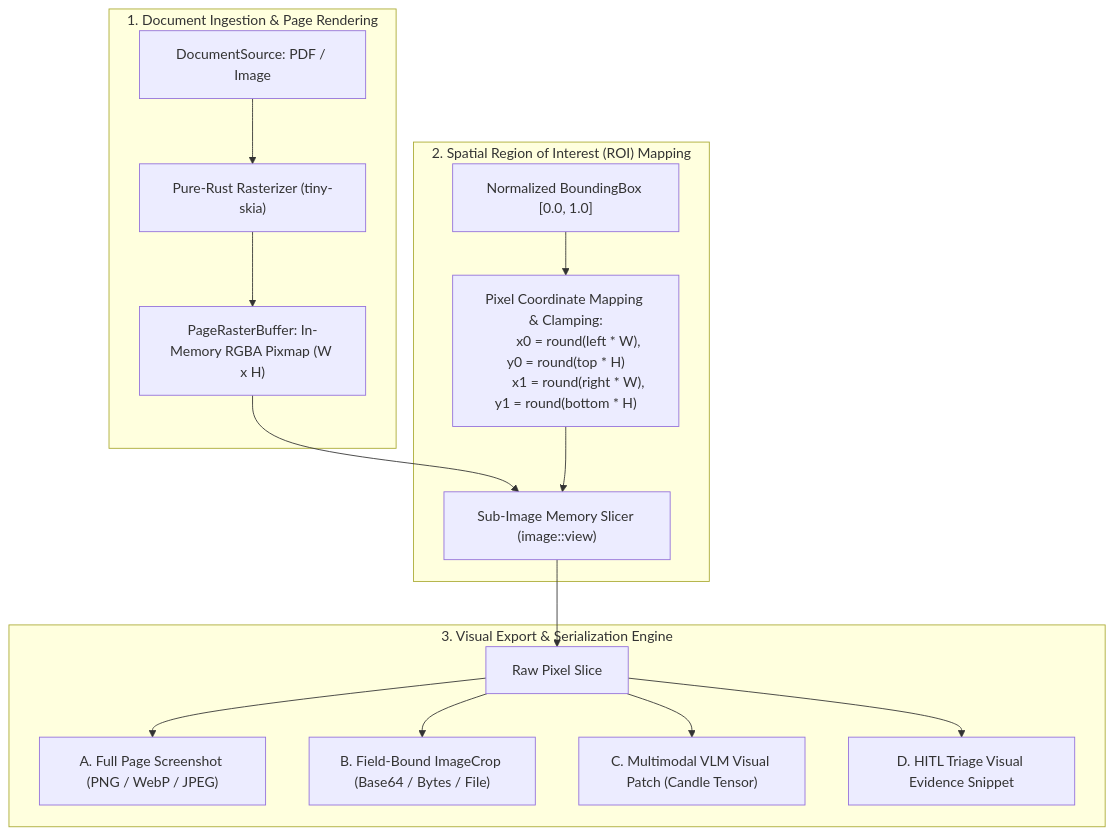
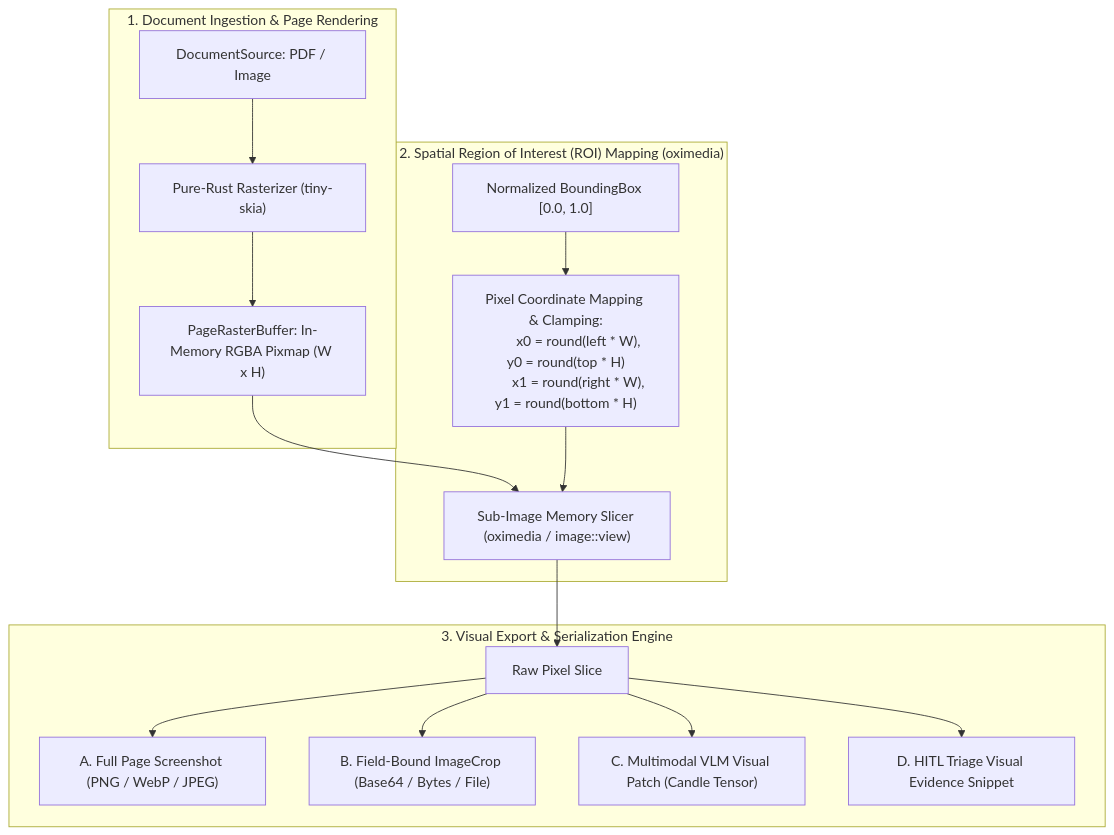
One commit to yasuomaidana/docula changed the diagram in docs/18_DOCUMENT_SCREENSHOTS_AND_REGION_CROPPING.md. Above: the diagram before and after it, drawn with Mermaid. The commit also changed other lines of this file and 12 other files, not shown here.

````diff
--- a/docs/18_DOCUMENT_SCREENSHOTS_AND_REGION_CROPPING.md
+++ b/docs/18_DOCUMENT_SCREENSHOTS_AND_REGION_CROPPING.md
@@ -15,24 +15,24 @@
 ```mermaid
 flowchart TD
     subgraph Ingestion["1. Document Ingestion & Page Rendering"]
         DocSource[DocumentSource: PDF / Image] --> Rasterizer["Pure-Rust Rasterizer (tiny-skia)"]
         Rasterizer --> PageBuffer["PageRasterBuffer: In-Memory RGBA Pixmap (W x H)"]
     end
 
-    subgraph Geometry["2. Spatial Region of Interest (ROI) Mapping"]
+    subgraph Geometry["2. Spatial Region of Interest (ROI) Mapping (oximedia)"]
         TargetBBox["Normalized BoundingBox [0.0, 1.0]"] --> PixelCalc["Pixel Coordinate Mapping & Clamping:
         x0 = round(left * W), y0 = round(top * H)
         x1 = round(right * W), y1 = round(bottom * H)"]
-        PageBuffer --> Slicer["Sub-Image Memory Slicer (image::view)"]
+        PageBuffer --> Slicer["Sub-Image Memory Slicer (oximedia / image::view)"]
         PixelCalc --> Slicer
     end
 
     subgraph OutputModes["3. Visual Export & Serialization Engine"]
         Slicer --> CropBuffer[Raw Pixel Slice]
         
         CropBuffer --> ModeA["A. Full Page Screenshot (PNG / WebP / JPEG)"]
         CropBuffer --> ModeB["B. Field-Bound ImageCrop (Base64 / Bytes / File)"]
         CropBuffer --> ModeC["C. Multimodal VLM Visual Patch (Candle Tensor)"]
         CropBuffer --> ModeD["D. HITL Triage Visual Evidence Snippet"]
     end
 ```
````
